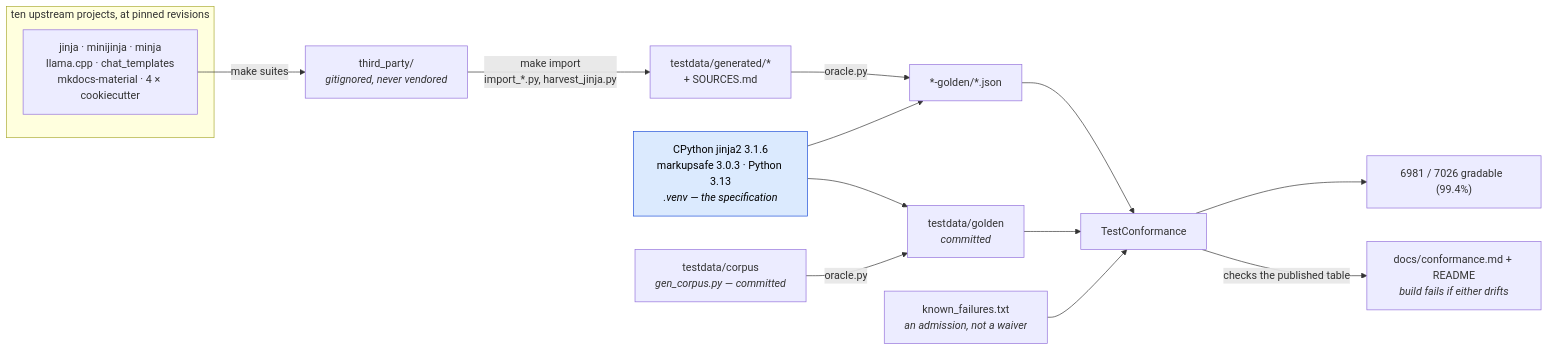
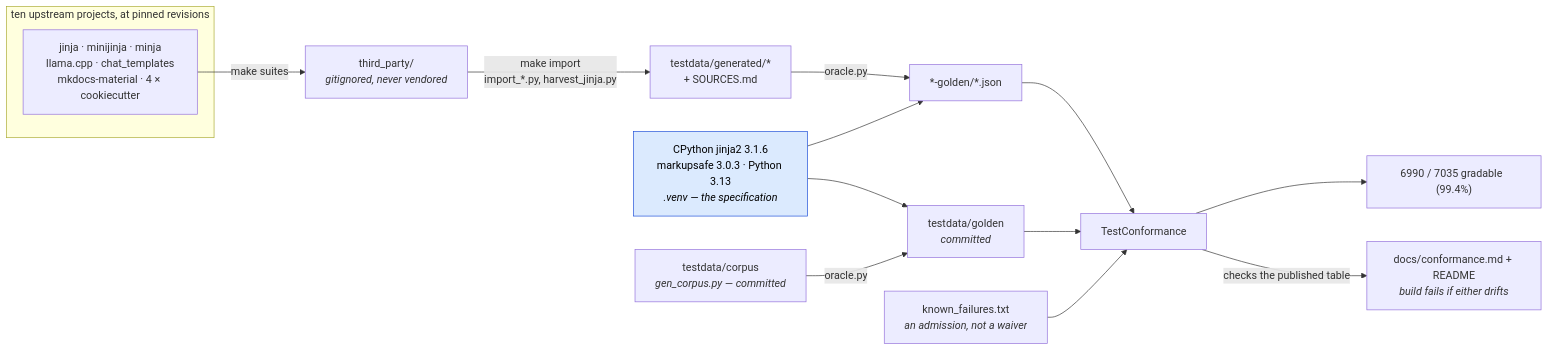
The first of 2 diagrams in docs/conformance.md (mgilbir/gojja2), drawn with Mermaid before and after one commit. The commit also changed other lines of this file and 31 other files, not shown here.

````diff
--- a/docs/conformance.md
+++ b/docs/conformance.md
@@ -17,24 +17,24 @@
 ```mermaid
 flowchart LR
     subgraph up["ten upstream projects, at pinned revisions"]
         U1["jinja · minijinja · minja<br/>llama.cpp · chat_templates<br/>mkdocs-material · 4 × cookiecutter"]
     end
     U1 -->|"make suites"| TP["third_party/<br/><i>gitignored, never vendored</i>"]
     TP -->|"make import<br/>import_*.py, harvest_jinja.py"| GEN["testdata/generated/*<br/>+ SOURCES.md"]
 
     ORA["CPython jinja2 3.1.6<br/>markupsafe 3.0.3 · Python 3.13<br/><i>.venv — the specification</i>"]
     GEN -->|"oracle.py"| G2["*-golden/*.json"]
     ORA --> G2
 
     OWN["testdata/corpus<br/><i>gen_corpus.py — committed</i>"] -->|"oracle.py"| G1["testdata/golden<br/><i>committed</i>"]
     ORA --> G1
 
     G1 --> TC["TestConformance"]
     G2 --> TC
     KF["known_failures.txt<br/><i>an admission, not a waiver</i>"] --> TC
-    TC --> RATE["6981 / 7026 gradable  (99.4%)"]
+    TC --> RATE["6990 / 7035 gradable  (99.4%)"]
     TC -->|"checks the published table"| RM["docs/conformance.md + README<br/><i>build fails if either drifts</i>"]
 
     classDef spec fill:#dbeafe,stroke:#1d4ed8,color:#000
     class ORA spec
 ```
````
